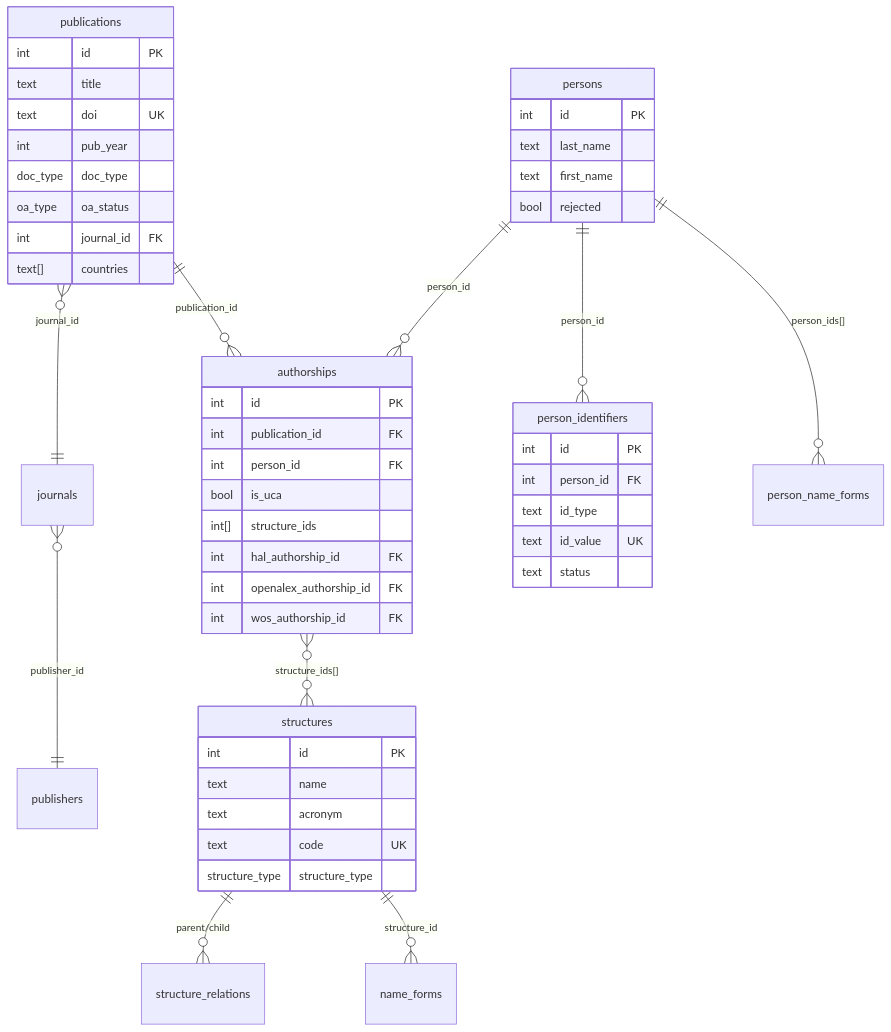
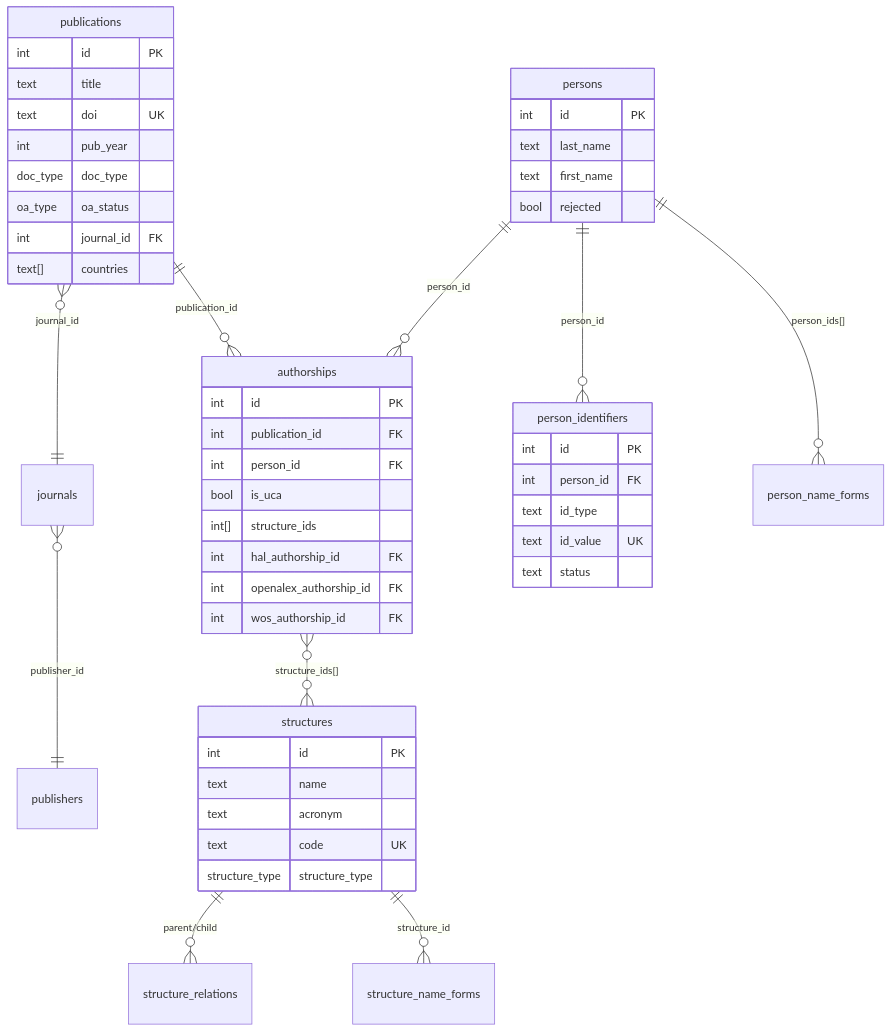
The diagram in docs/architecture.md (Y33sha/bibliometrie-uca), drawn with Mermaid before and after one commit. The commit also changed other lines of this file and 7 other files, not shown here.

First line of the commit message:
Renommer name_forms en structure_name_forms pour la clarté

````diff
--- a/docs/architecture.md
+++ b/docs/architecture.md
@@ -31,54 +31,54 @@
 ```mermaid
 erDiagram
     publications }o--|| journals : "journal_id"
     journals }o--|| publishers : "publisher_id"
     publications ||--o{ authorships : "publication_id"
     persons ||--o{ authorships : "person_id"
     persons ||--o{ person_identifiers : "person_id"
     persons ||--o{ person_name_forms : "person_ids[]"
     
     authorships }o--o{ structures : "structure_ids[]"
     structures ||--o{ structure_relations : "parent/child"
-    structures ||--o{ name_forms : "structure_id"
+    structures ||--o{ structure_name_forms : "structure_id"
 
     publications {
         int id PK
         text title
         text doi UK
         int pub_year
         doc_type doc_type
         oa_type oa_status
         int journal_id FK
         text[] countries
     }
     persons {
         int id PK
         text last_name
         text first_name
         bool rejected
     }
     authorships {
         int id PK
         int publication_id FK
         int person_id FK
         bool is_uca
         int[] structure_ids
         int hal_authorship_id FK
         int openalex_authorship_id FK
         int wos_authorship_id FK
     }
     person_identifiers {
         int id PK
         int person_id FK
         text id_type
         text id_value UK
         text status
     }
     structures {
         int id PK
         text name
         text acronym
         text code UK
         structure_type structure_type
     }
 ```
````
